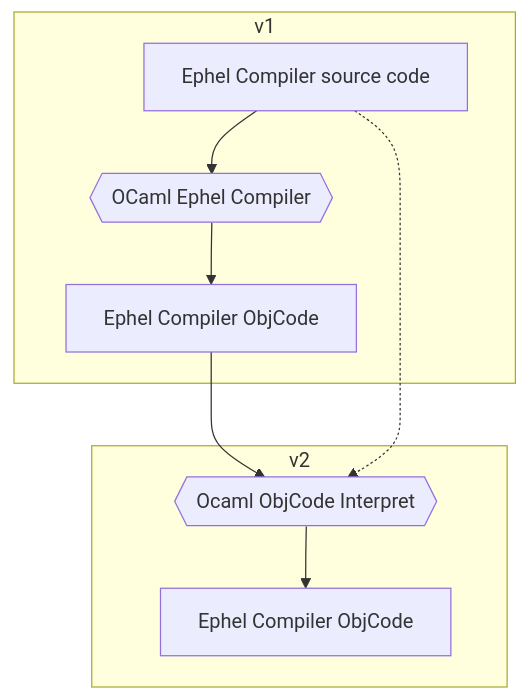
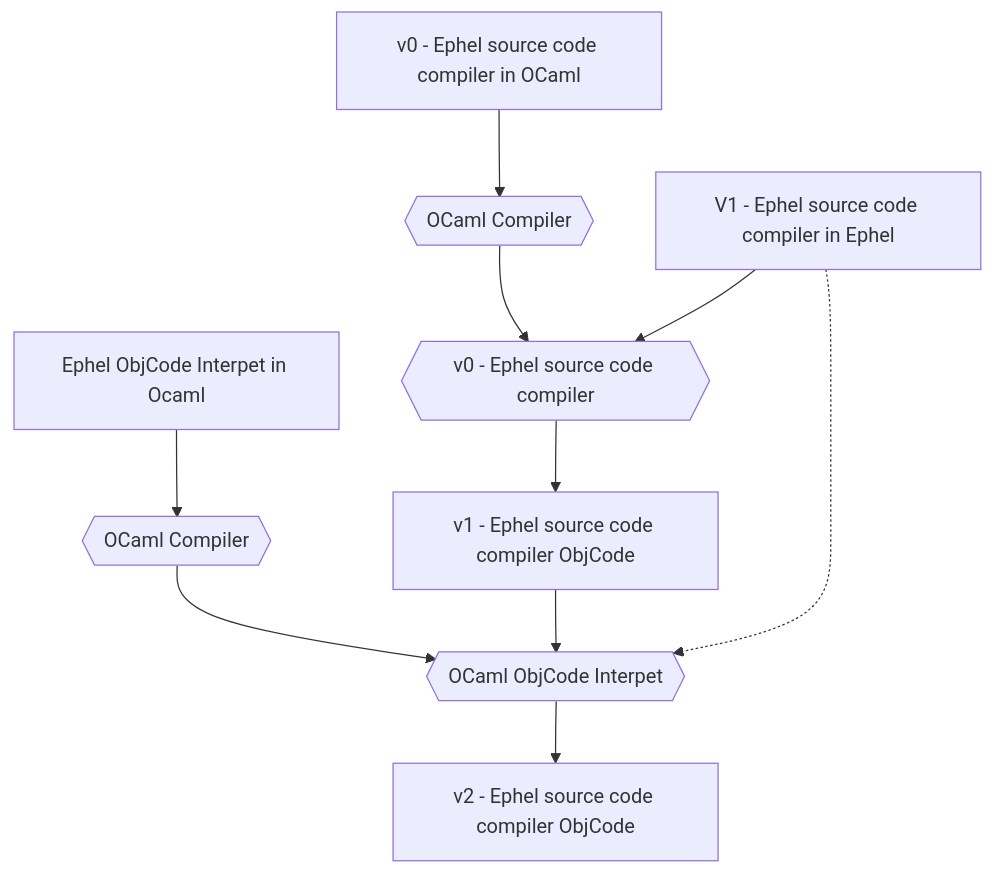
Before and after one commit to ephel-lang/ephel: the diagram in ROADMAP.md, drawn with Mermaid.

Commit message:
Documentation

````diff
--- a/ROADMAP.md
+++ b/ROADMAP.md
@@ -5,12 +5,12 @@
 ```mermaid
 flowchart TD
-subgraph v1
-A[Ephel Compiler source code] --> B{{OCaml Ephel Compiler}}
-B --> C[Ephel Compiler ObjCode]
-end
-subgraph v2
-C --> D{{Ocaml ObjCode Interpret}}
-A .-> D
-D --> F[Ephel Compiler ObjCode]
-end
+    Z[v0 - Ephel source code compiler in OCaml] --> Y{{OCaml Compiler}}
+    Y --> X{{v0 - Ephel source code compiler}}
+    G[Ephel ObjCode Interpet in Ocaml] --> H{{OCaml Compiler}}
+    H --> I{{OCaml ObjCode Interpet}}
+    A[V1 - Ephel source code compiler in Ephel] --> X
+    X --> C[v1 - Ephel source code compiler ObjCode]
+    C --> I
+    A .-> I
+    I --> F[v2 - Ephel source code compiler ObjCode]   
 ```
````
